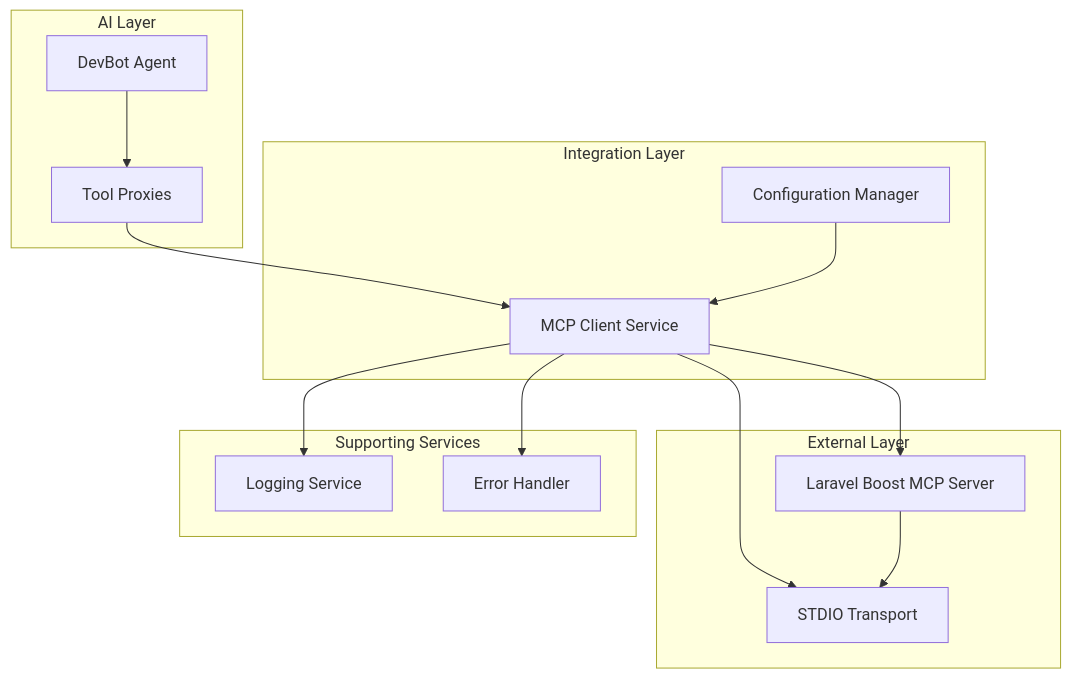
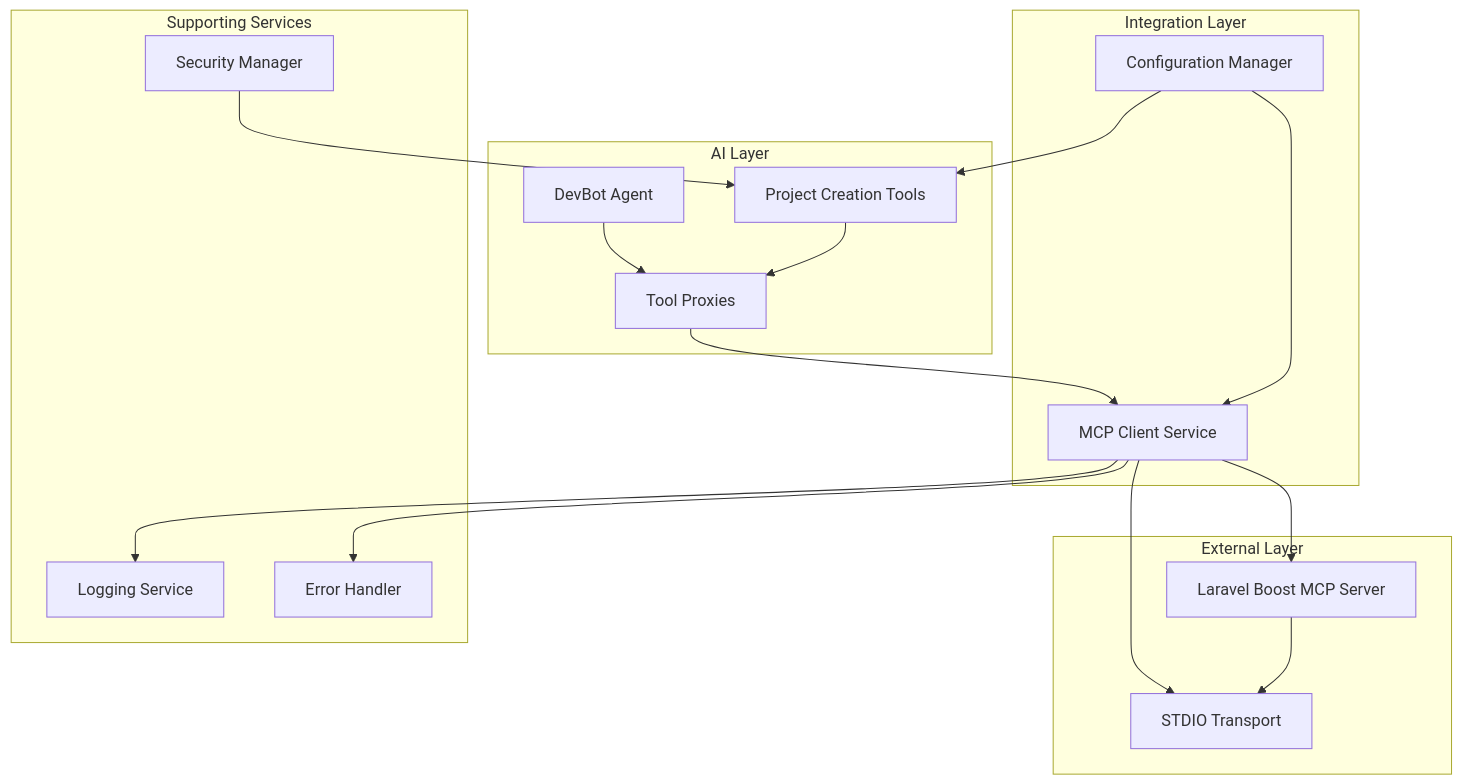
Before and after one commit to siimliimand/laravel-assistant: the first of 9 diagrams in .qoder/repowiki/en/content/AI Integration System/Agent System/MCP Client Integration System.md, drawn with Mermaid. The commit also changed other lines of this file and 3 other files, not shown here.

First line of the commit message:
feat(devbot): add comprehensive project creation capabilities and expand MCP tool suite

````diff
--- a/.qoder/repowiki/en/content/AI Integration System/Agent System/MCP Client Integration System.md
+++ b/.qoder/repowiki/en/content/AI Integration System/Agent System/MCP Client Integration System.md
@@ -45,27 +62,32 @@
 ```mermaid
 graph TB
 subgraph "AI Layer"
 DevBot[DevBot Agent]
 Tools[Tool Proxies]
+ProjectCreation[Project Creation Tools]
 end
 subgraph "Integration Layer"
 McpService[MCP Client Service]
 Config[Configuration Manager]
 end
 subgraph "External Layer"
 BoostServer[Laravel Boost MCP Server]
 StdioPipe[STDIO Transport]
 end
 subgraph "Supporting Services"
 Logger[Logging Service]
 ErrorHandler[Error Handler]
+Security[Security Manager]
 end
 DevBot --> Tools
 Tools --> McpService
+ProjectCreation --> Tools
 McpService --> BoostServer
 McpService --> StdioPipe
 McpService --> Logger
 McpService --> ErrorHandler
 Config --> McpService
+Config --> ProjectCreation
 BoostServer --> StdioPipe
+Security --> ProjectCreation
 ```
````
